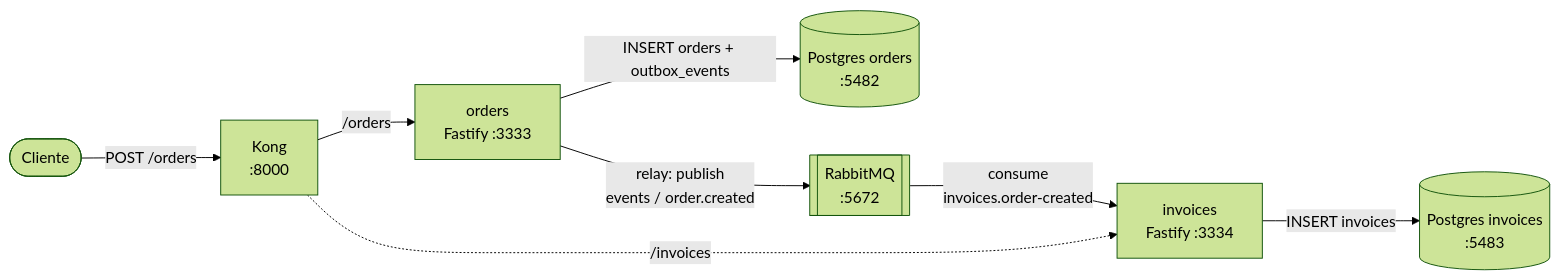
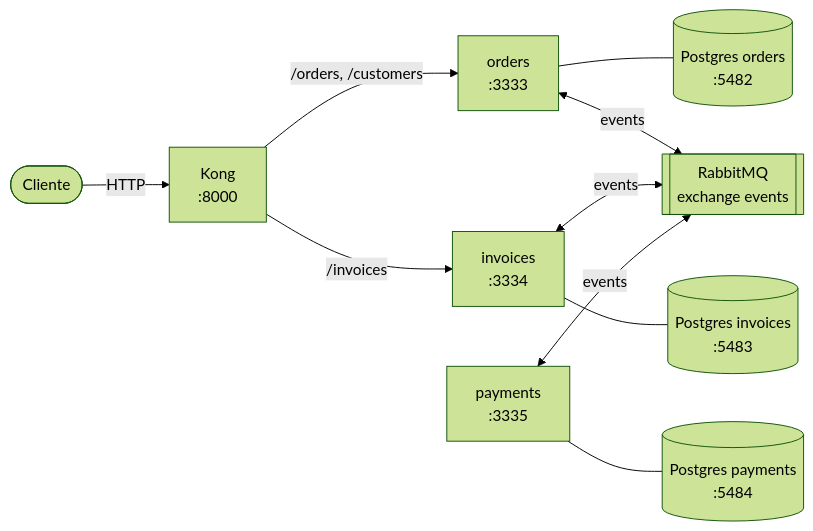
The first of 2 diagrams in ARCHITECTURE.md (alessandroquintas/microsservicos-nodejs), drawn with Mermaid (forest theme) before and after one commit. The commit also changed other lines of this file, not shown here.

````diff
--- a/ARCHITECTURE.md
+++ b/ARCHITECTURE.md
@@ -16,10 +17,12 @@
 ```mermaid
 flowchart LR
-    client([Cliente]) -->|POST /orders| kong[Kong<br/>:8000]
-    kong -->|/orders| orders[orders<br/>Fastify :3333]
-    orders -->|INSERT orders + outbox_events| ordersdb[(Postgres orders<br/>:5482)]
-    orders -->|relay: publish<br/>events / order.created| rabbit[[RabbitMQ<br/>:5672]]
-    rabbit -->|consume<br/>invoices.order-created| invoices[invoices<br/>Fastify :3334]
-    invoices -->|INSERT invoices| invoicesdb[(Postgres invoices<br/>:5483)]
-    kong -.->|/invoices| invoices
+    client([Cliente]) -->|HTTP| kong[Kong<br/>:8000]
+    kong -->|/orders, /customers| orders[orders<br/>:3333]
+    kong -->|/invoices| invoices[invoices<br/>:3334]
+    orders --- ordersdb[(Postgres orders<br/>:5482)]
+    invoices --- invoicesdb[(Postgres invoices<br/>:5483)]
+    payments[payments<br/>:3335] --- paymentsdb[(Postgres payments<br/>:5484)]
+    orders <-->|events| rabbit[[RabbitMQ<br/>exchange events]]
+    invoices <-->|events| rabbit
+    payments <-->|events| rabbit
 ```
````
